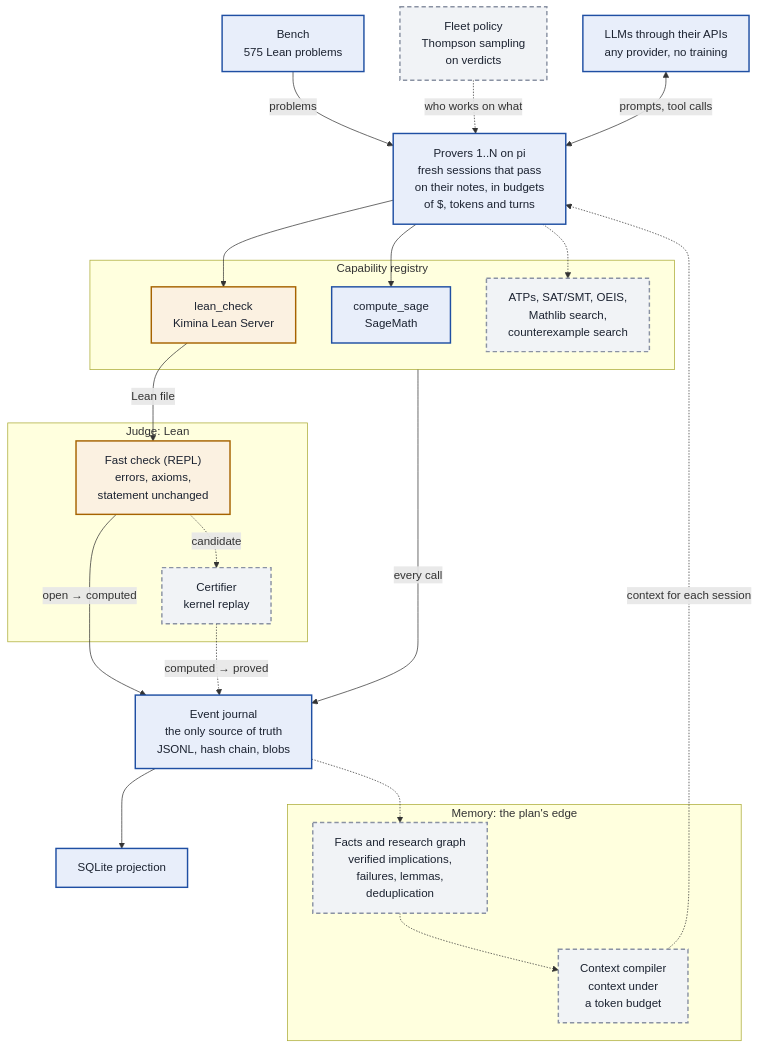
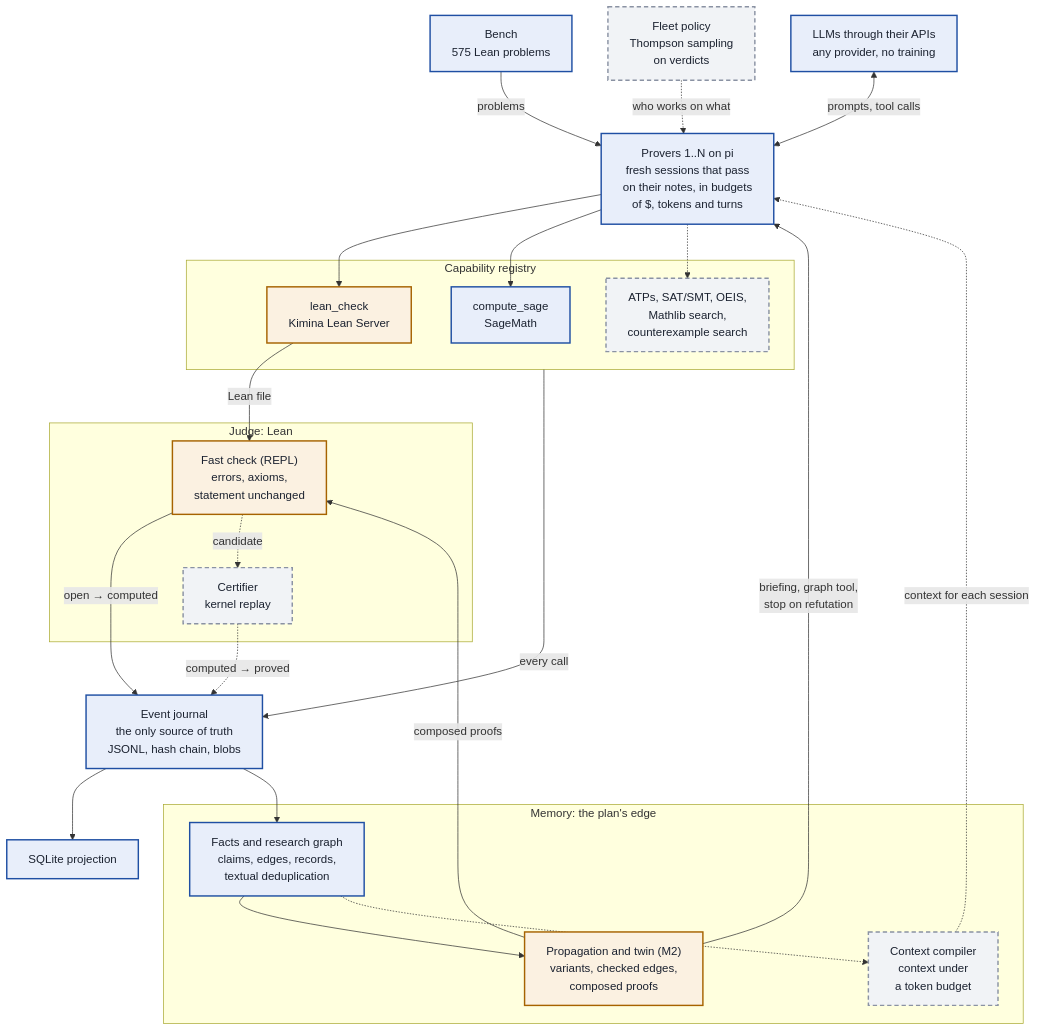
Before and after one commit to Kdevos12/seshat: the diagram in README.md, drawn with Mermaid. The commit also changed other lines of this file and 39 other files, not shown here.

````diff
--- a/README.md
+++ b/README.md
@@ -17,45 +18,49 @@
 ```mermaid
 flowchart TB
   classDef built fill:#e8eefa,stroke:#1f4fa3,stroke-width:2px,color:#1b2230
   classDef wait fill:#fbf1e1,stroke:#a66300,stroke-width:2px,color:#1b2230
   classDef planned fill:#f1f3f6,stroke:#8a92a3,stroke-width:2px,stroke-dasharray:6 4,color:#1b2230
 
   bench["Bench<br/>575 Lean problems"]:::built
   fleet["Fleet policy<br/>Thompson sampling<br/>on verdicts"]:::planned
   llm["LLMs through their APIs<br/>any provider, no training"]:::built
   provers["Provers 1..N on pi<br/>fresh sessions that pass<br/>on their notes, in budgets<br/>of $, tokens and turns"]:::built
 
   subgraph TOOLS["Capability registry"]
     leancheck["lean_check<br/>Kimina Lean Server"]:::wait
     sage["compute_sage<br/>SageMath"]:::built
     moretools["ATPs, SAT/SMT, OEIS,<br/>Mathlib search,<br/>counterexample search"]:::planned
   end
 
   subgraph JUDGE["Judge: Lean"]
     fast["Fast check (REPL)<br/>errors, axioms,<br/>statement unchanged"]:::wait
     certifier["Certifier<br/>kernel replay"]:::planned
   end
 
   journal["Event journal<br/>the only source of truth<br/>JSONL, hash chain, blobs"]:::built
   projection["SQLite projection"]:::built
 
   subgraph MEMORY["Memory: the plan's edge"]
-    kg["Facts and research graph<br/>verified implications,<br/>failures, lemmas,<br/>deduplication"]:::planned
+    kg["Facts and research graph<br/>claims, edges, records,<br/>textual deduplication"]:::built
+    prop["Propagation and twin (M2)<br/>variants, checked edges,<br/>composed proofs"]:::wait
     compiler["Context compiler<br/>context under<br/>a token budget"]:::planned
   end
 
   bench -->|problems| provers
   fleet -.->|"who works on what"| provers
   llm <-->|"prompts, tool calls"| provers
   provers --> leancheck & sage
   provers -.-> moretools
   leancheck -->|Lean file| fast
   fast -->|"open → computed"| journal
   fast -.->|candidate| certifier
   certifier -.->|"computed → proved"| journal
   TOOLS -->|"every call"| journal
   journal --> projection
-  journal -.-> kg
+  journal --> kg
+  kg --> prop
+  prop -->|"composed proofs"| fast
+  prop -->|"briefing, graph tool,<br/>stop on refutation"| provers
   kg -.-> compiler
   compiler -.->|"context for each session"| provers
 ```
````
